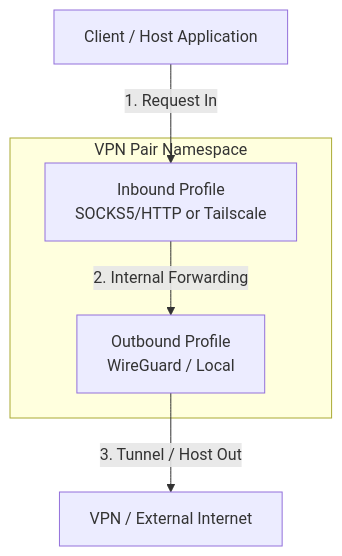
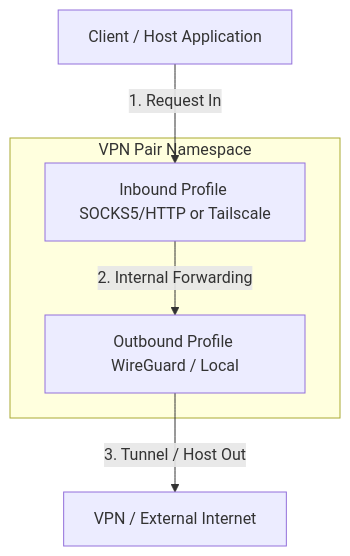
One commit to quaywin/hermit changed the first of 2 diagrams in README.md. Above: the diagram before and after it, drawn with Mermaid. The commit also changed other lines of this file and 1 other file, not shown here.

````diff
--- a/README.md
+++ b/README.md
@@ -20,8 +48,8 @@
 ```mermaid
 flowchart TD
-    Client["Client / Host Application"] -->|"1. Request In"| Inbound["Inbound Profile <br/> SOCKS5/HTTP or Tailscale"]
-    subgraph NetNS["VPN Pair Namespace"]
-        Inbound -->|"2. Internal Forwarding"| Outbound["Outbound Profile <br/> WireGuard / Local"]
+    Client[Client / Host Application] -->|1. Request In| Inbound[Inbound Profile SOCKS5/HTTP or Tailscale]
+    subgraph NetNS [VPN Pair Namespace]
+        Inbound -->|2. Internal Forwarding| Outbound[Outbound Profile WireGuard / Local]
     end
-    Outbound -->|"3. Tunnel / Host Out"| Internet["VPN / External Internet"]
+    Outbound -->|3. Tunnel / Host Out| Internet[VPN / External Internet]
 ```
````
